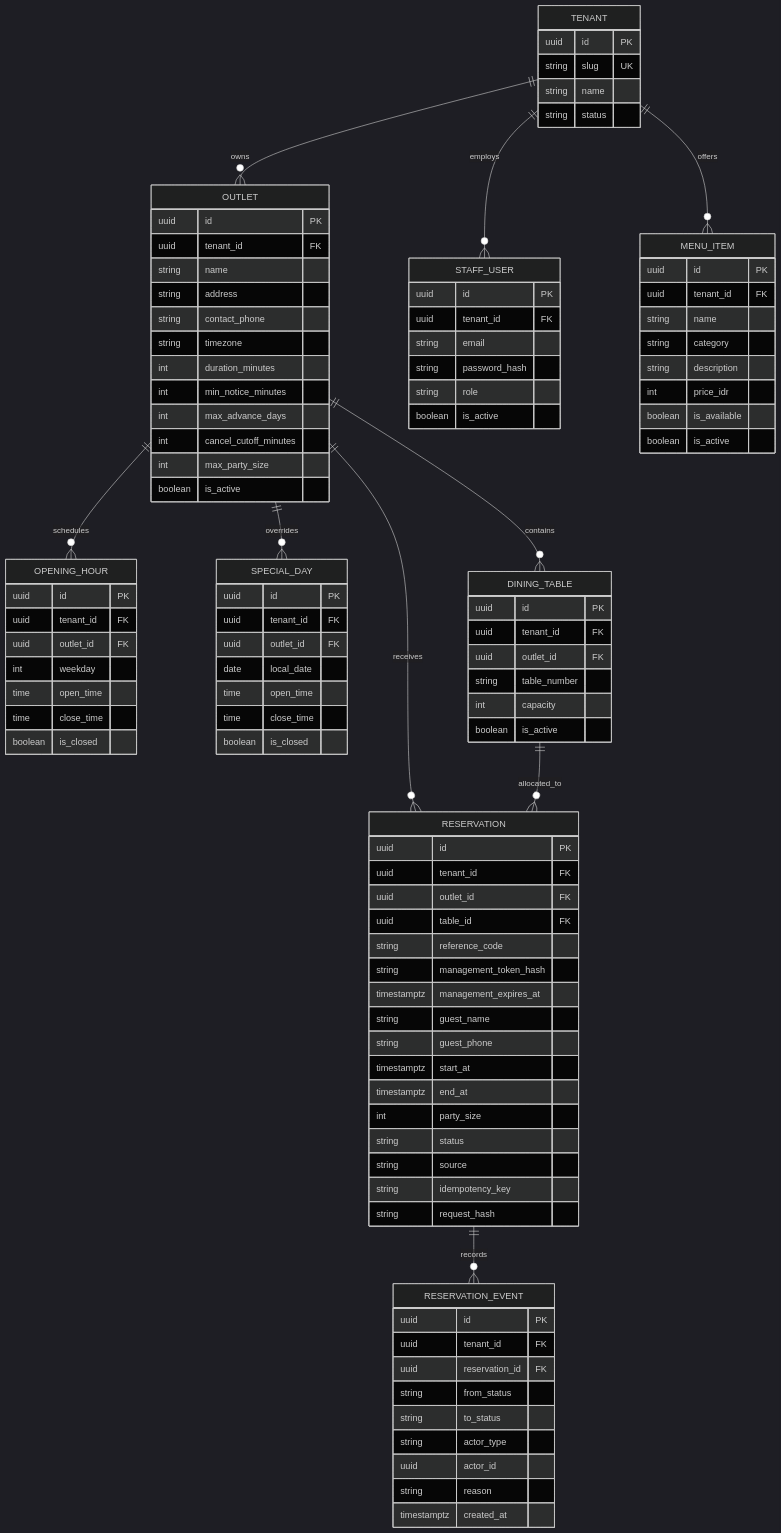
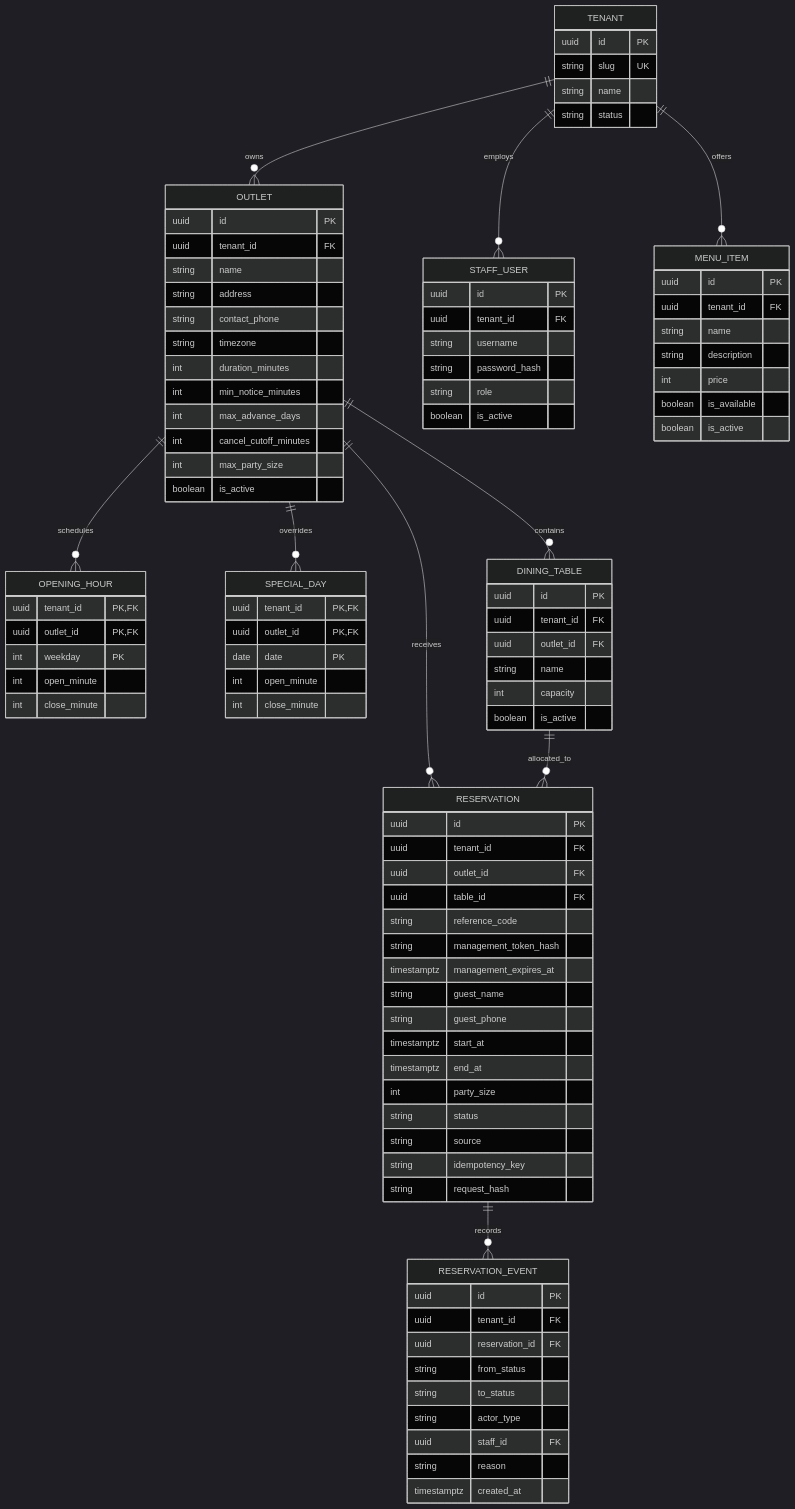
The fourth of 9 diagrams in PRD — Restaurant Assistant MVP.md (wisnufadhillah/Restaurant-Mulit-Tenant), drawn with Mermaid (dark theme) before and after one commit. The commit also changed other lines of this file and 42 other files, not shown here.

```diff
--- a/PRD — Restaurant Assistant MVP.md
+++ b/PRD — Restaurant Assistant MVP.md
@@ -287,7 +266,7 @@
     STAFF_USER {
         uuid id PK
         uuid tenant_id FK
-        string email
+        string username
         string password_hash
         string role
         boolean is_active
@@ -296,35 +275,30 @@
         uuid id PK
         uuid tenant_id FK
         string name
-        string category
         string description
-        int price_idr
+        int price
         boolean is_available
         boolean is_active
     }
     OPENING_HOUR {
-        uuid id PK
-        uuid tenant_id FK
-        uuid outlet_id FK
-        int weekday
-        time open_time
-        time close_time
-        boolean is_closed
+        uuid tenant_id PK,FK
+        uuid outlet_id PK,FK
+        int weekday PK
+        int open_minute
+        int close_minute
     }
     SPECIAL_DAY {
-        uuid id PK
-        uuid tenant_id FK
-        uuid outlet_id FK
-        date local_date
-        time open_time
-        time close_time
-        boolean is_closed
+        uuid tenant_id PK,FK
+        uuid outlet_id PK,FK
+        date date PK
+        int open_minute
+        int close_minute
     }
     DINING_TABLE {
         uuid id PK
         uuid tenant_id FK
         uuid outlet_id FK
-        string table_number
+        string name
         int capacity
         boolean is_active
     }
@@ -353,7 +327,7 @@
         string from_status
         string to_status
         string actor_type
-        uuid actor_id
+        uuid staff_id FK
         string reason
         timestamptz created_at
     }
```
